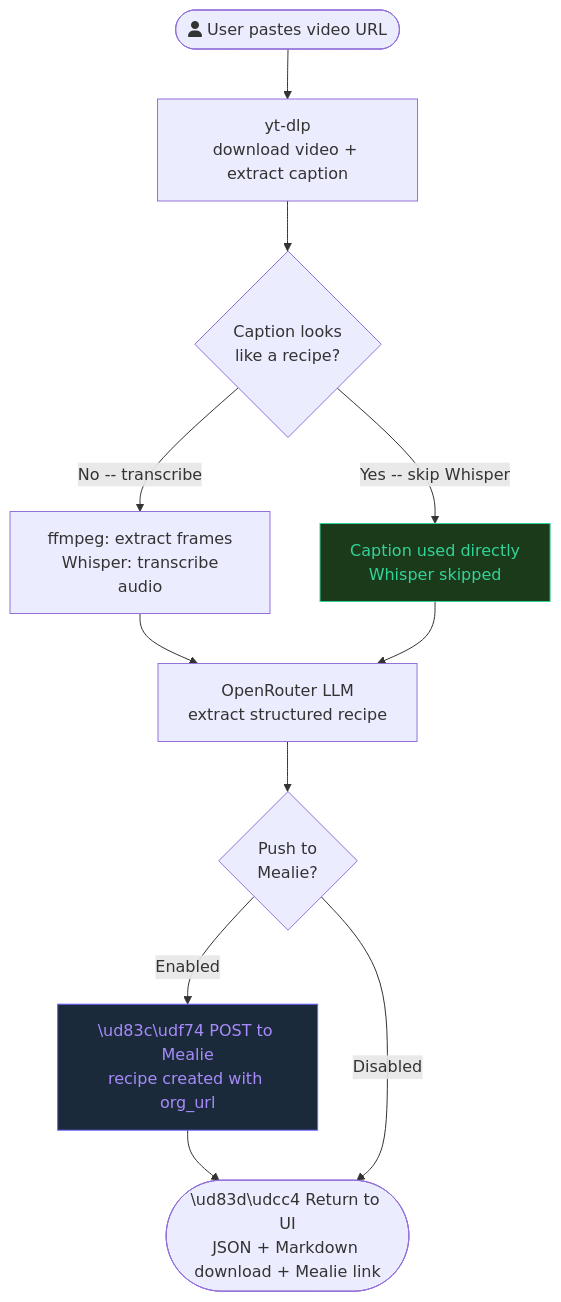
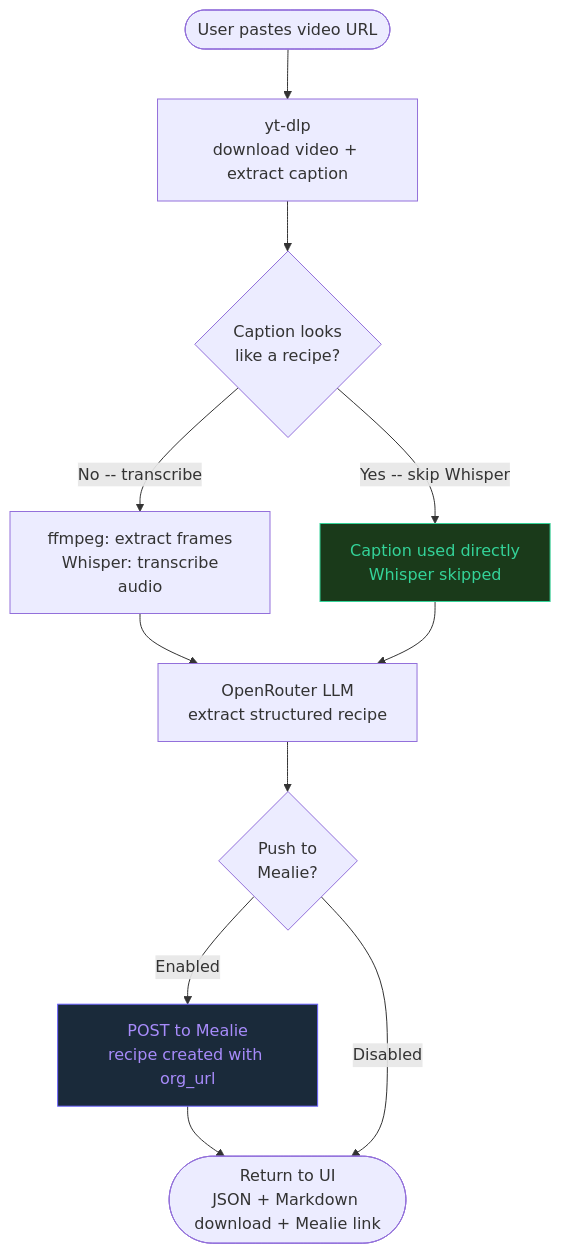
Before and after one commit to leshicodes/SousVid: the first of 2 diagrams in README.md, drawn with Mermaid.

Commit message:
formatting

````diff
--- a/README.md
+++ b/README.md
@@ -11,25 +11,25 @@
 ```mermaid
 flowchart TD
-    A(["fa:fa-user User pastes video URL"])
+    A(["User pastes video URL"])
     B["yt-dlp\ndownload video + extract caption"]
     C{"Caption looks\nlike a recipe?"}
     D["ffmpeg: extract frames\n Whisper: transcribe audio"]
     E["Caption used directly\n Whisper skipped"]
     F["OpenRouter LLM\nextract structured recipe"]
     G{"Push to\nMealie?"}
-    H["\ud83c\udf74 POST to Mealie\nrecipe created with org_url"]
-    I(["\ud83d\udcc4 Return to UI\nJSON + Markdown download + Mealie link"])
+    H["POST to Mealie\nrecipe created with org_url"]
+    I(["Return to UI\nJSON + Markdown download + Mealie link"])
 
     A --> B
     B --> C
     C -->|"No -- transcribe"| D
     C -->|"Yes -- skip Whisper"| E
     D --> F
     E --> F
     F --> G
     G -->|"Enabled"| H --> I
     G -->|"Disabled"| I
 
     style E fill:#1a3a1a,stroke:#34d399,color:#34d399
     style H fill:#1a2a3a,stroke:#6c63ff,color:#a78bfa
 ```
````
